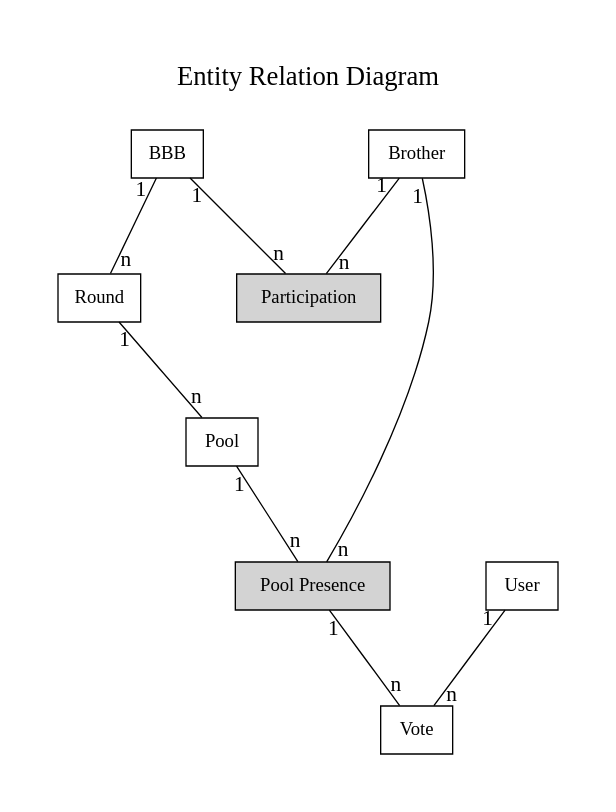
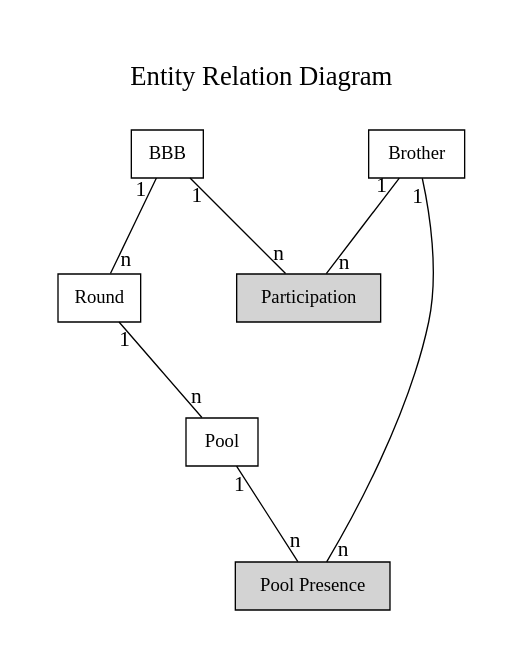
Before and after one commit to PSGlobo/meta: the diagram in ERD.dot, drawn with Graphviz.

Commit message:
remove User and Vote from the ERD

```diff
--- a/ERD.dot
+++ b/ERD.dot
@@ -1,42 +1,37 @@
 digraph ER {
     // General config
         layout=dot
         nodesep = "1"
         ranksep = "1"
         edge [labelfontsize = 16 labeldistance = 1.5]
 
         label = "Entity Relation Diagram\n\n"
         labelloc=top
         fontsize=20
         pad = 0.5
 
     // Entities
         node [shape=box]
         BBB
         Round
         Pool
         Brother
-        User
-        Vote
 
     // Relations
         node [style=filled fillcolor=lightgrey]
         "Pool Presence"
 
         // one to one
             edge [arrowhead = none]
 
         // one to many
             edge [taillabel = "1" headlabel = "n"]
             BBB -> Round
             BBB -> Participation
             Brother -> Participation
             
             Brother -> "Pool Presence"
             Pool -> "Pool Presence"
-
-            "Pool Presence" -> Vote
             
             Round -> Pool
-            User -> Vote
 }
```
